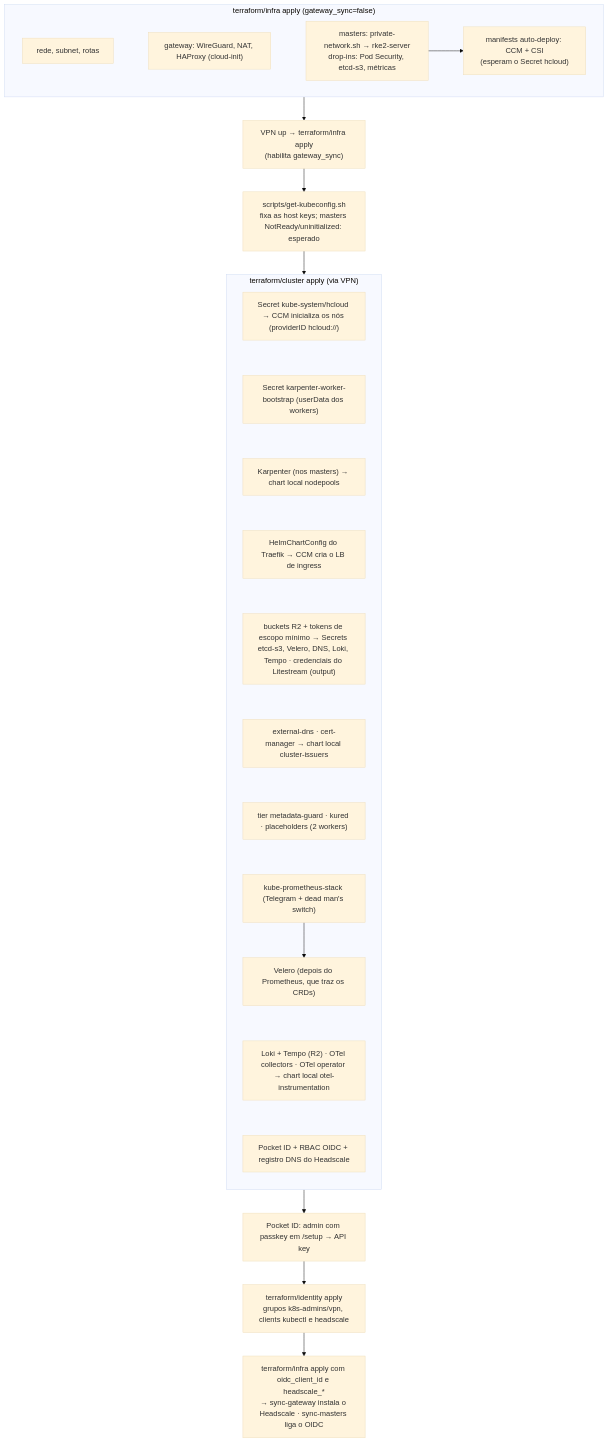
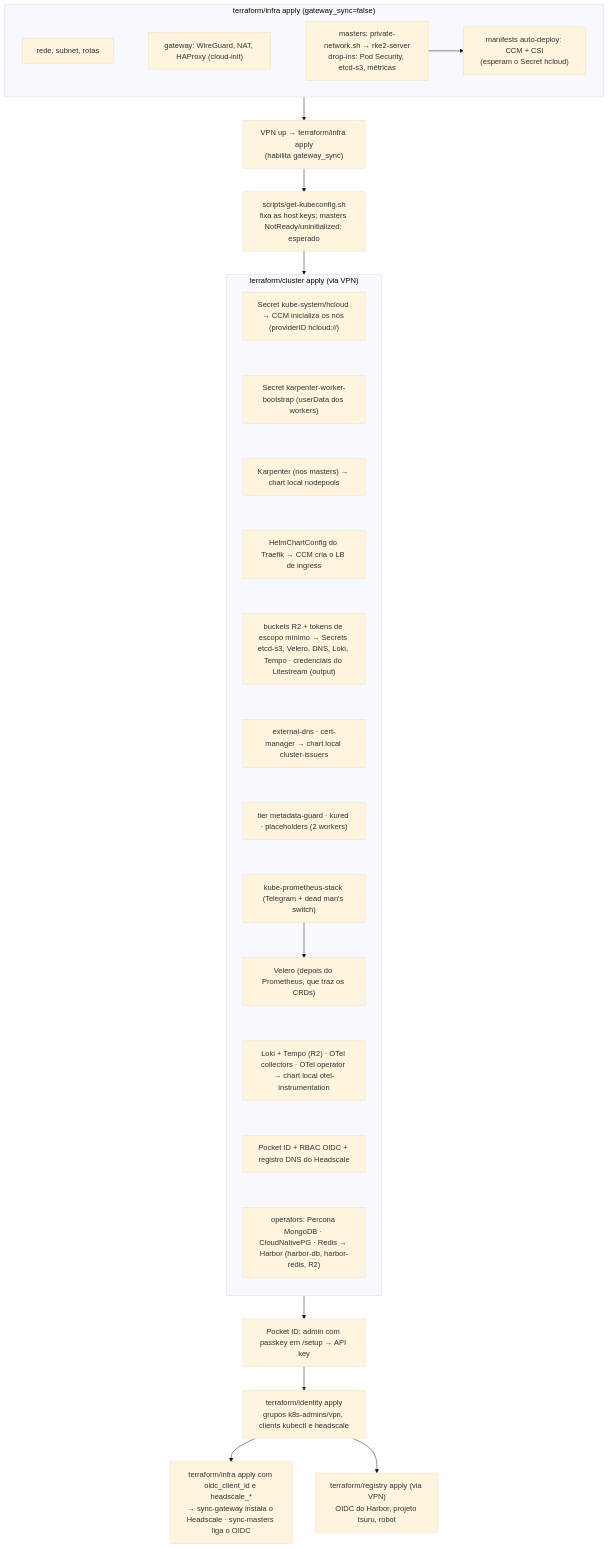
One commit to reginaldosousa/hetzner-rke2-terraform changed the sixth of 6 diagrams in docs/architecture.md. Above: the diagram before and after it, drawn with Mermaid (base theme). The commit also changed other lines of this file and 7 other files, not shown here.

First line of the commit message:
docs: Harbor and the registry root in stack, operations, security, costs

````diff
--- a/docs/architecture.md
+++ b/docs/architecture.md
@@ -118,31 +118,33 @@
 ```mermaid
 flowchart TB
     subgraph infra1["terraform/infra apply (gateway_sync=false)"]
         net["rede, subnet, rotas"]
         gw["gateway: WireGuard, NAT, HAProxy (cloud-init)"]
         ms["masters: private-network.sh → rke2-server<br/>drop-ins: Pod Security, etcd-s3, métricas"]
         ccm["manifests auto-deploy: CCM + CSI<br/>(esperam o Secret hcloud)"]
         net ~~~ gw ~~~ ms --> ccm
     end
     infra1 --> vpn["VPN up → terraform/infra apply<br/>(habilita gateway_sync)"]
     vpn --> kc["scripts/get-kubeconfig.sh<br/>fixa as host keys; masters NotReady/uninitialized: esperado"]
     kc --> cluster
     subgraph cluster["terraform/cluster apply (via VPN)"]
         direction TB
         hs["Secret kube-system/hcloud → CCM inicializa os nós (providerID hcloud://)"]
         kb["Secret karpenter-worker-bootstrap (userData dos workers)"]
         kp["Karpenter (nos masters) → chart local nodepools"]
         tr["HelmChartConfig do Traefik → CCM cria o LB de ingress"]
         cfr["buckets R2 + tokens de escopo mínimo → Secrets etcd-s3, Velero, DNS, Loki, Tempo · credenciais do Litestream (output)"]
         dns["external-dns · cert-manager → chart local cluster-issuers"]
         sec["tier metadata-guard · kured · placeholders (2 workers)"]
         mon["kube-prometheus-stack (Telegram + dead man's switch)"]
         vel["Velero (depois do Prometheus, que traz os CRDs)"]
         otel["Loki + Tempo (R2) · OTel collectors · OTel operator → chart local otel-instrumentation"]
         pid["Pocket ID + RBAC OIDC + registro DNS do Headscale"]
-        hs ~~~ kb ~~~ kp ~~~ tr ~~~ cfr ~~~ dns ~~~ sec ~~~ mon --> vel ~~~ otel ~~~ pid
+        db["operators: Percona MongoDB · CloudNativePG · Redis → Harbor (harbor-db, harbor-redis, R2)"]
+        hs ~~~ kb ~~~ kp ~~~ tr ~~~ cfr ~~~ dns ~~~ sec ~~~ mon --> vel ~~~ otel ~~~ pid ~~~ db
     end
     cluster --> setup["Pocket ID: admin com passkey em /setup → API key"]
     setup --> ident["terraform/identity apply<br/>grupos k8s-admins/vpn, clients kubectl e headscale"]
     ident --> infra2["terraform/infra apply com oidc_client_id e headscale_*<br/>→ sync-gateway instala o Headscale · sync-masters liga o OIDC"]
+    ident --> reg["terraform/registry apply (via VPN)<br/>OIDC do Harbor, projeto tsuru, robot"]
 ```
````
